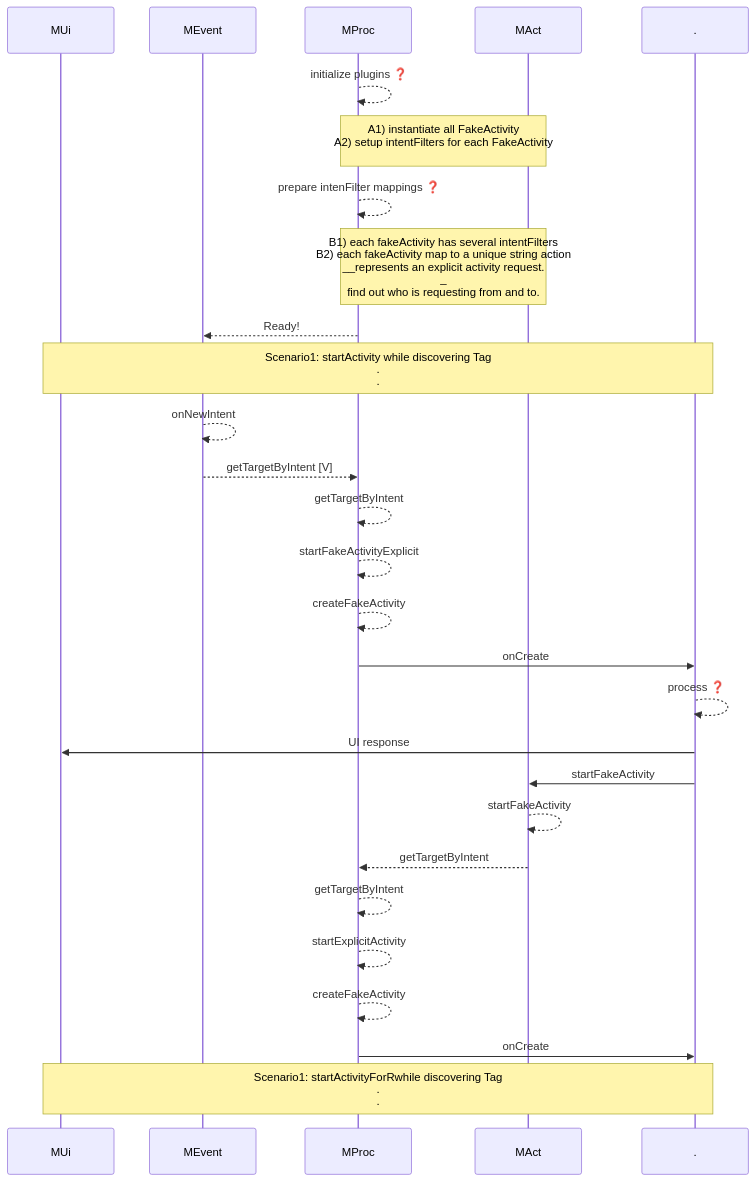
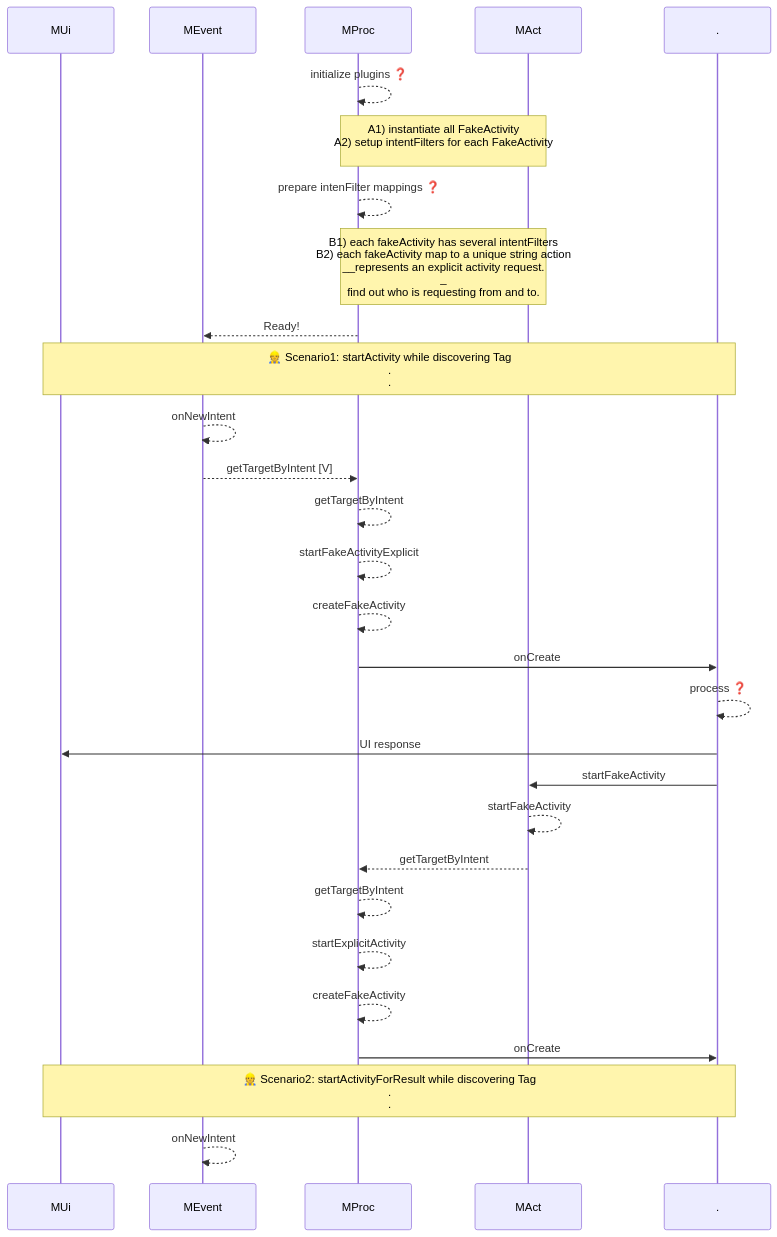
One commit to gordianknotC/nxp_note changed the third of 7 diagrams in flutter/android_to_flutter.md. Above: the diagram before and after it, drawn with Mermaid. The commit also changed other lines of this file, not shown here.

Commit message:
flutter/android_to_flutter.md updated from https://stackedit.io/

````diff
--- a/flutter/android_to_flutter.md
+++ b/flutter/android_to_flutter.md
@@ -52,39 +52,44 @@
 ```mermaid
 sequenceDiagram
 participant MUi
 participant MEvent
 participant MProc
 participant MAct
 participant .
 
 MProc-->>MProc: initialize plugins ❓
 Note over MProc,MAct: A1) instantiate all FakeActivity<br>A2) setup intentFilters for each FakeActivity<br>
 
 MProc-->>MProc: prepare intenFilter mappings ❓
 
 Note over MProc, MAct: B1) each fakeActivity has several intentFilters<br>B2) each fakeActivity map to a unique string action<br>__represents an explicit activity request.<br>_<br> find out who is requesting from and to.
 
 MProc-->>MEvent: Ready!
 
 
-Note over MUi, .: Scenario1: startActivity while discovering Tag<br>.<br>.
+Note over MUi, .: 👷 Scenario1: startActivity while discovering Tag<br>.<br>.
 MEvent-->>MEvent: onNewIntent
 
 MEvent-->>MProc: getTargetByIntent [V]
 MProc-->>MProc: getTargetByIntent
 MProc-->>MProc: startFakeActivityExplicit
 MProc-->>MProc: createFakeActivity
 MProc->> . : onCreate
 . -->> . : process ❓
 . ->> MUi: UI response
 . ->> MAct: startFakeActivity
 MAct -->> MAct: startFakeActivity
 MAct -->> MProc: getTargetByIntent
 MProc -->> MProc: getTargetByIntent
 MProc -->> MProc: startExplicitActivity
 MProc -->> MProc: createFakeActivity
 MProc ->> . : onCreate
 
 
-Note over MUi, .: Scenario1: startActivityForRwhile discovering Tag<br>.<br>.
+Note over MUi, .: 👷 Scenario2: startActivityForResult while discovering Tag<br>.<br>.
+MEvent-->>MEvent: onNewIntent
+
+
+
+
 ```
````
